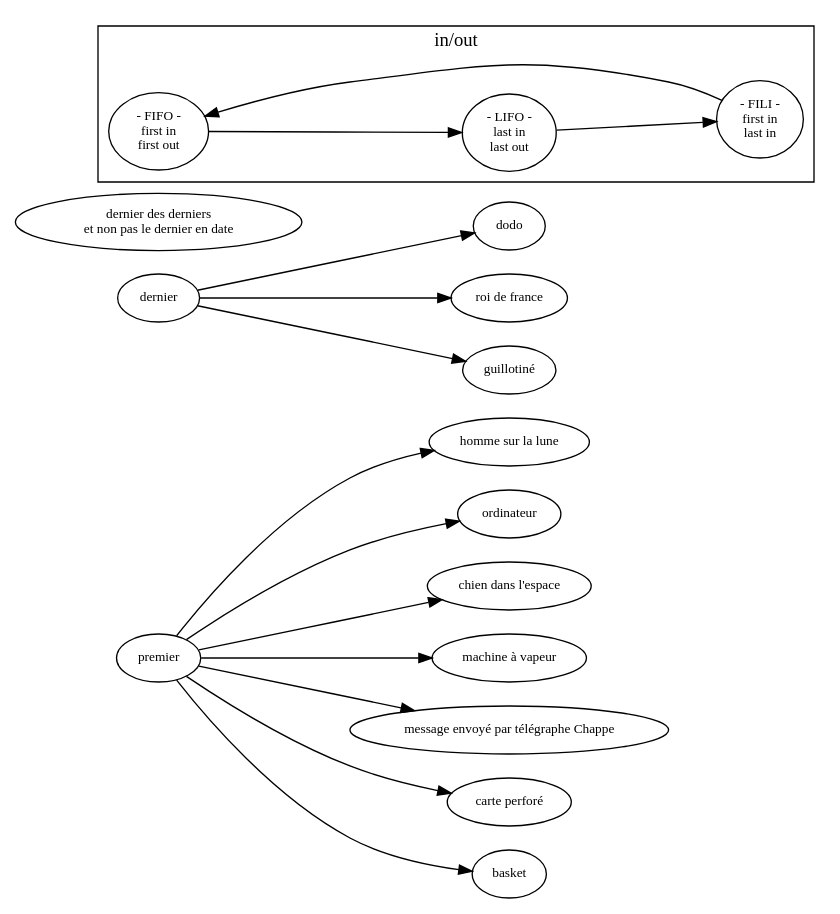
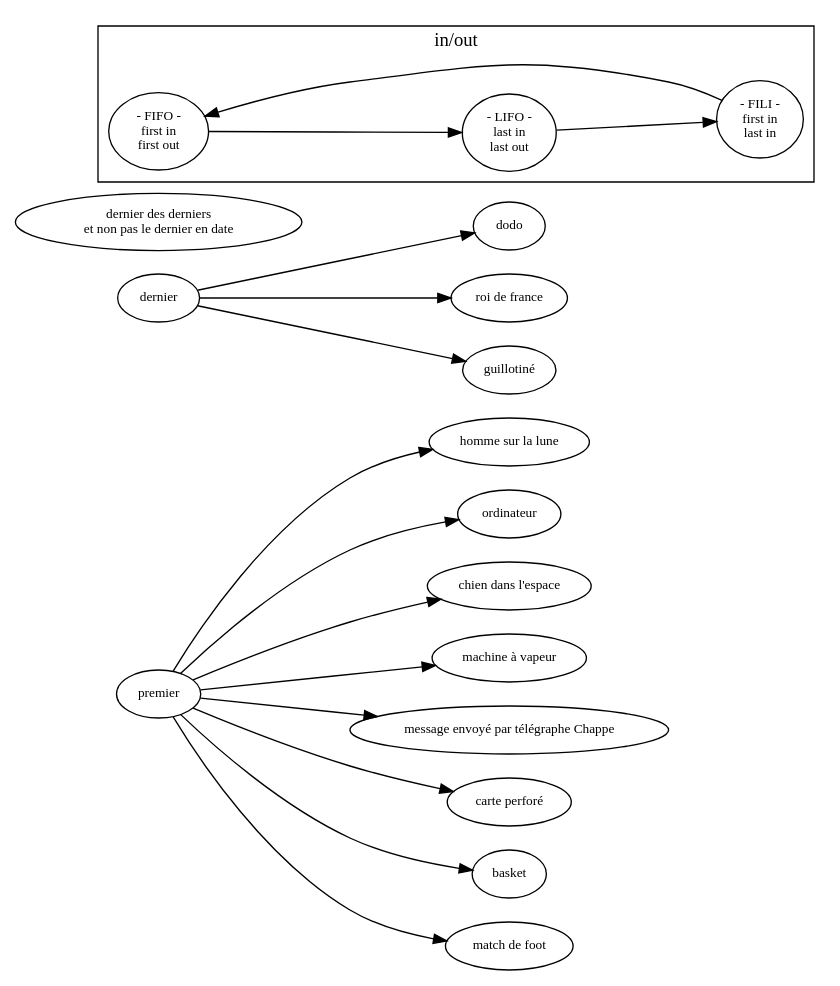
Before and after one commit to ensad-nancy/first-last: the diagram in sujet.dot, drawn with Graphviz.

Commit message:
+	first -> "match de foot"

```diff
--- a/sujet.dot
+++ b/sujet.dot
@@ -1,37 +1,38 @@
 digraph {
 
 	fontname="myriadpro"
 	fontsize = 14
 	rankdir="LR"
 	node [fontname="myriadpro", fontsize = 10]
 	edge [fontname="monaco", fontsize = 9]
 	
 	first [label="premier"]
 	last [label="dernier"]
 	
 	"dernier des derniers\n et non pas le dernier en date" 
 
 	first -> "homme sur la lune"
 	first -> "ordinateur"
 	first -> "chien dans l'espace"
 	first -> "machine à vapeur"
 	first -> "message envoyé par télégraphe Chappe"
 	first -> "carte perforé"
 	first -> "basket"
+	first -> "match de foot"
 	
 	last -> dodo
 	last -> "roi de france"
 	last -> "guillotiné"
 
 	subgraph cluster_FO{
 	
 		label="in/out"
 		
 		FIFO [label="- FIFO -\nfirst in\nfirst out"]
 		LIFO [label="- LIFO -\nlast in\nlast out"]
 		FILI [label="- FILI -\nfirst in\n last in"]
 
 		FILI -> FIFO -> LIFO -> FILI
 	}
 	
 }
```
